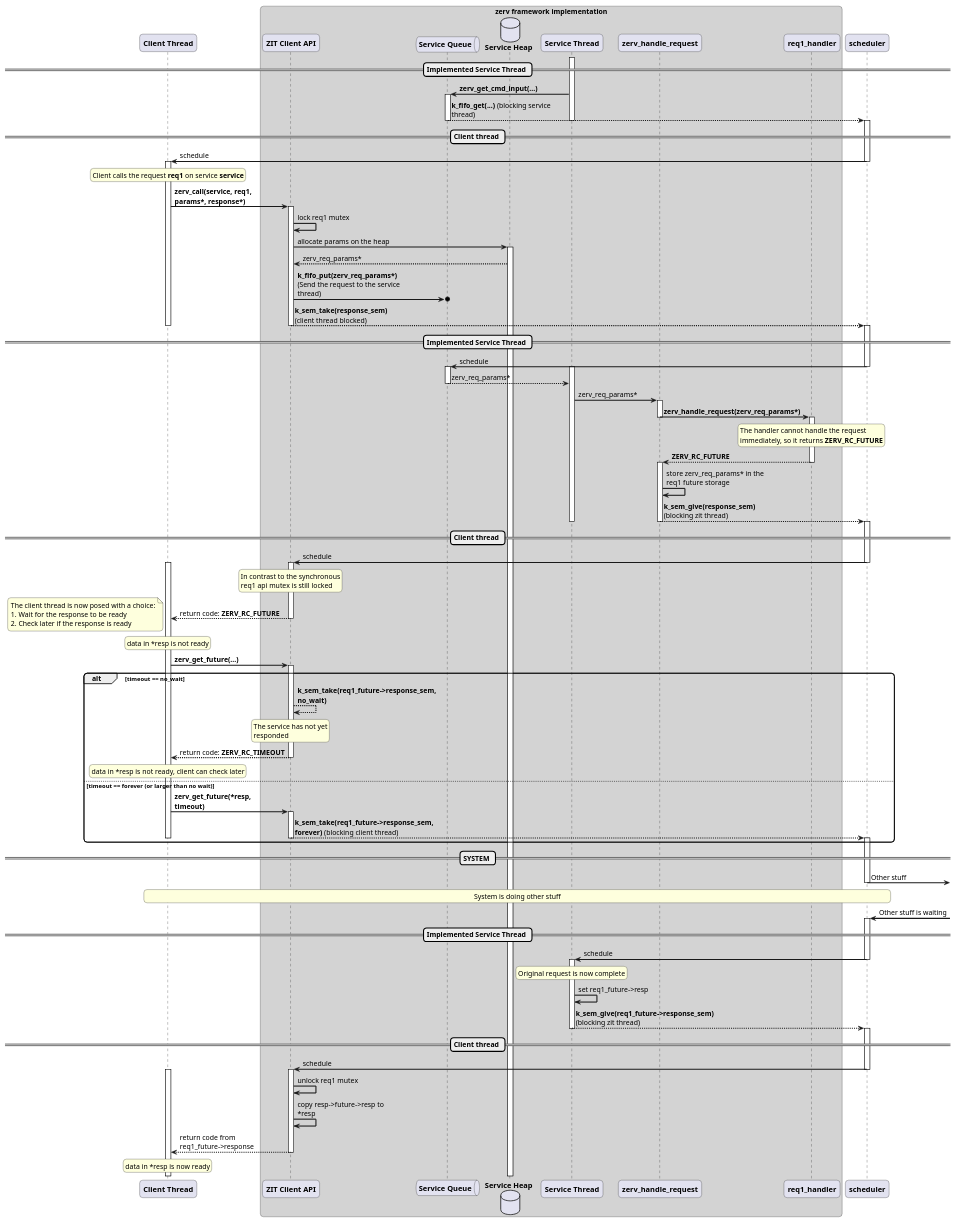
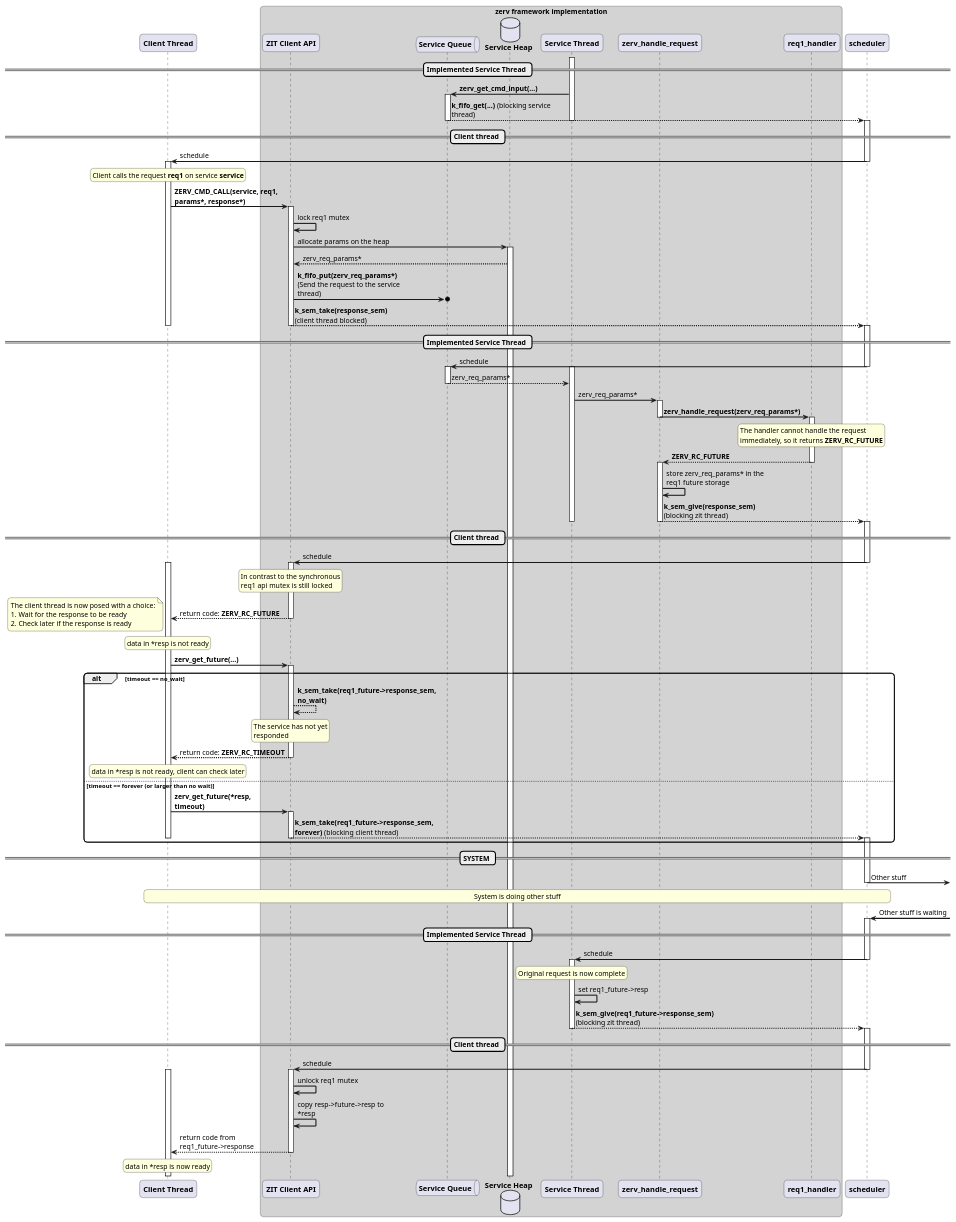
Before and after one commit to Systemfabriken/zerv: the diagram in subsys/zerv/doc/zerv_future_response_handling.puml, drawn with PlantUML. The commit also changed 4 other files, not shown here.

Commit message:
Started moving zerv CMD pattern to its own files

```diff
--- a/subsys/zerv/doc/zerv_future_response_handling.puml
+++ b/subsys/zerv/doc/zerv_future_response_handling.puml
@@ -1,101 +1,101 @@
 @startuml zerv_asynchronous_request_handling_with_futures
 skinparam {
     sequenceArrowThickness 2
     roundcorner 12
     maxmessagesize 200
 }
 
 participant "**Client Thread**" as client
 
 box "zerv framework implementation" #LightGray
     participant "**ZIT Client API**" as zerv_api
     queue "**Service Queue**" as zerv_queue
     database "**Service Heap**" as zerv_heap
     participant "**Service Thread**" as zerv_thread
     participant "**zerv_handle_request**" as zerv_req_handler
     participant "**req1_handler**" as req1_handler
 end box
 
 participant "**scheduler**" as sched
 
 == Implemented Service Thread ==
 
     ' Initialisation
     activate zerv_thread
     zerv_thread -> zerv_queue ++: **zerv_get_cmd_input(...)**
     zerv_queue --> sched --++: **k_fifo_get(...)** (blocking service thread)
     deactivate zerv_thread
 
 == Client thread ==
 
     sched -> client --++: schedule
 
     ' Client request call
     rnote over client: Client calls the request **req1** on service **service**
-    client -> zerv_api ++: **zerv_call(service, req1, params*, response*)** 
+    client -> zerv_api ++: **ZERV_CMD_CALL(service, req1, params*, response*)** 
     zerv_api -> zerv_api: lock req1 mutex
     zerv_api -> zerv_heap ++: allocate params on the heap
     zerv_heap --> zerv_api: zerv_req_params*
     zerv_api ->o zerv_queue: **k_fifo_put(zerv_req_params*)** (Send the request to the service thread)
     zerv_api --> sched --++: **k_sem_take(response_sem)** (client thread blocked)
     deactivate client
 
 == Implemented Service Thread ==
 
     ' zerv request handling
     sched -> zerv_queue --++: schedule
     activate zerv_thread
     zerv_queue --> zerv_thread --: zerv_req_params*
     zerv_thread -> zerv_req_handler ++: zerv_req_params*
     zerv_req_handler -> req1_handler --++: **zerv_handle_request(zerv_req_params*)**
     rnote over req1_handler: The handler cannot handle the request\nimmediately, so it returns **ZERV_RC_FUTURE**
     req1_handler --> zerv_req_handler --++: **ZERV_RC_FUTURE**
     zerv_req_handler -> zerv_req_handler: store zerv_req_params* in the req1 future storage
     zerv_req_handler --> sched --++: **k_sem_give(response_sem)** (blocking zit thread)
     deactivate zerv_thread
 
 == Client thread ==
 
 ' Client response handling
     sched -> zerv_api --++: schedule
     activate client
     rnote over zerv_api: In contrast to the synchronous\nreq1 api mutex is still locked
     zerv_api --> client --: return code: **ZERV_RC_FUTURE**
     rnote over client: data in *resp is not ready
 
     note left: The client thread is now posed with a choice:\n1. Wait for the response to be ready\n2. Check later if the response is ready
 
     ' Client can now choose to wait or check later. We show the wait case here.
     client -> zerv_api ++: **zerv_get_future(...)**
     alt timeout == no_wait
         zerv_api --> zerv_api: **k_sem_take(req1_future->response_sem, no_wait)**
         rnote over zerv_api: The service has not yet\nresponded
         zerv_api --> client --: return code: **ZERV_RC_TIMEOUT** 
         rnote over client: data in *resp is not ready, client can check later
     else timeout == forever (or larger than no wait)
         client -> zerv_api ++: **zerv_get_future(*resp, timeout)**
         zerv_api --> sched--++: **k_sem_take(req1_future->response_sem, forever)** (blocking client thread)
         deactivate client
     end alt
 
 
 == SYSTEM ==
     sched ->] --: Other stuff
     rnote over client, sched: System is doing other stuff
     sched <-] ++: Other stuff is waiting   
 
 == Implemented Service Thread ==
     sched -> zerv_thread --++: schedule
     rnote over zerv_thread: Original request is now complete
     zerv_thread -> zerv_thread: set req1_future->resp 
     zerv_thread --> sched --++: **k_sem_give(req1_future->response_sem)** (blocking zit thread)
 
 == Client thread ==
     sched -> zerv_api --++: schedule
     activate client
     zerv_api -> zerv_api: unlock req1 mutex
     zerv_api -> zerv_api: copy resp->future->resp to *resp
     zerv_api --> client --: return code from req1_future->response
     rnote over client: data in *resp is now ready
     
 @enduml
```
